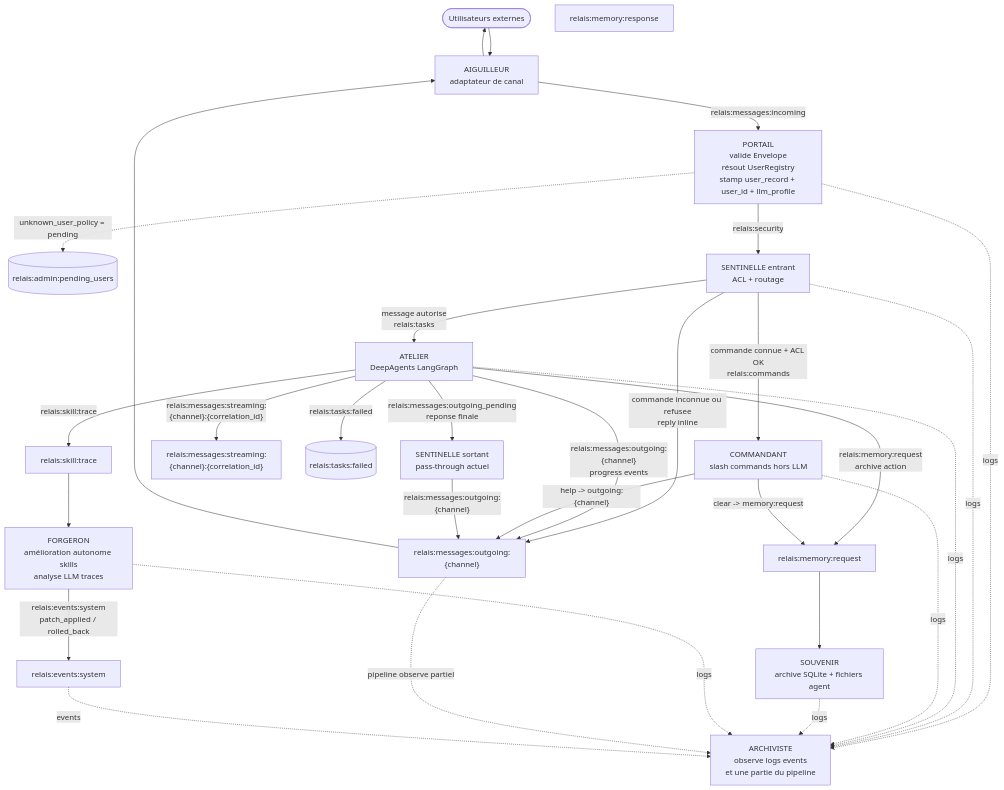
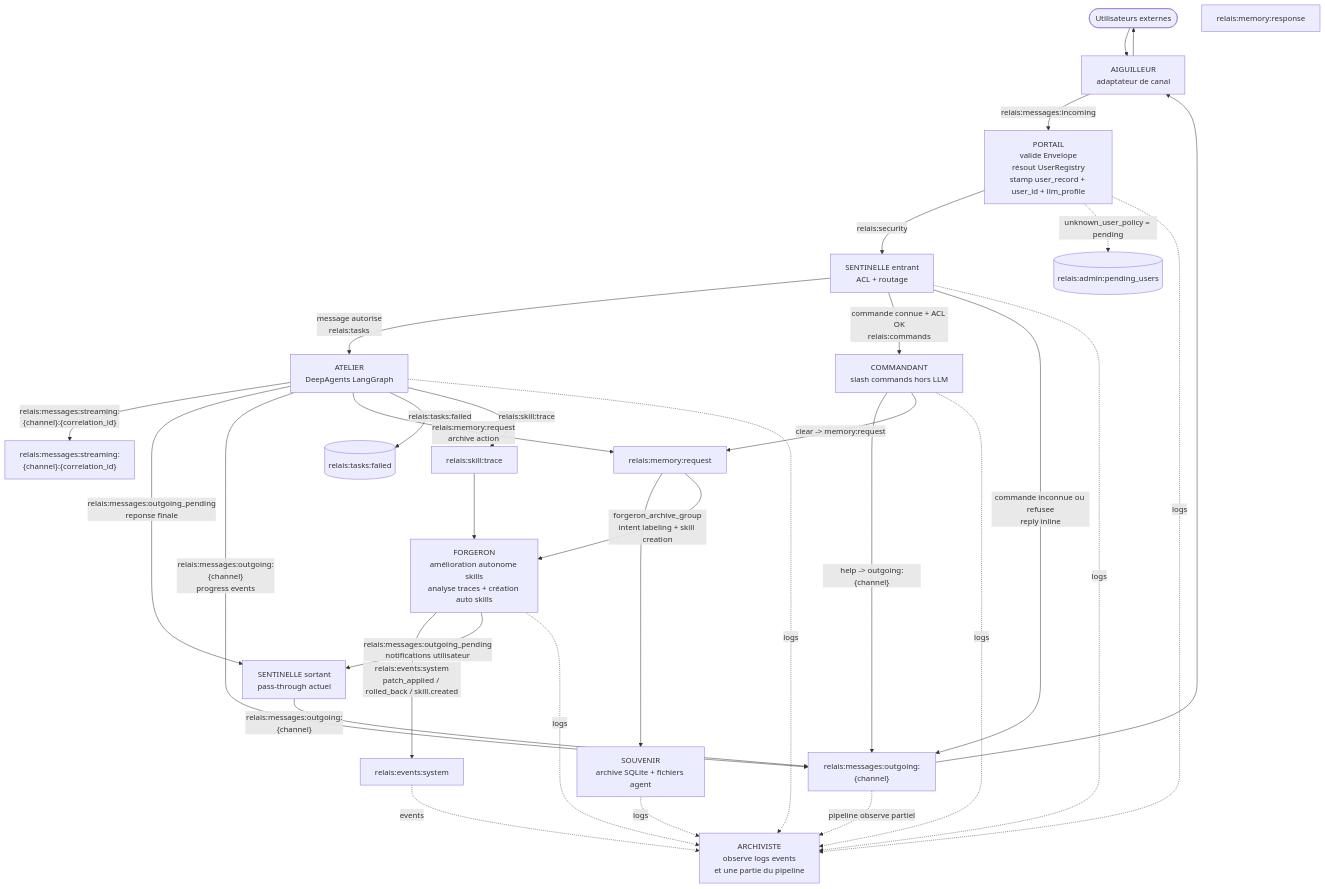
Before and after one commit to cyberbobjr/relais: the diagram in README.md, drawn with Mermaid. The commit also changed other lines of this file, not shown here.

Commit message:
docs(readme): documenter Forgeron Solution D (création auto skills + notifications)

````diff
--- a/README.md
+++ b/README.md
@@ -28,58 +28,60 @@
 ```mermaid
 flowchart TD
     USERS([Utilisateurs externes])
   AIG["AIGUILLEUR<br/>adaptateur de canal"]
   PORTAIL["PORTAIL<br/>valide Envelope<br/>résout UserRegistry<br/>stamp user_record + user_id + llm_profile"]
     PENDING[(relais:admin:pending_users)]
   SENT_IN["SENTINELLE entrant<br/>ACL + routage"]
   ATELIER["ATELIER<br/>DeepAgents LangGraph"]
   COMMANDANT["COMMANDANT<br/>slash commands hors LLM"]
   SOUVENIR["SOUVENIR<br/>archive SQLite + fichiers agent"]
   SENT_OUT["SENTINELLE sortant<br/>pass-through actuel"]
     OUT["relais:messages:outgoing:{channel}"]
     STREAM["relais:messages:streaming:{channel}:{correlation_id}"]
     MEM_REQ[relais:memory:request]
     MEM_RES[relais:memory:response]
     DLQ[(relais:tasks:failed)]
     ARCHIVISTE["ARCHIVISTE<br/>observe logs events<br/>et une partie du pipeline"]
-    FORGERON["FORGERON<br/>amélioration autonome skills<br/>analyse LLM traces"]
+    FORGERON["FORGERON<br/>amélioration autonome skills<br/>analyse traces + création auto skills"]
     SKILL_TRACE[relais:skill:trace]
     EVENTS_SYS[relais:events:system]
 
     USERS --> AIG
     AIG -->|"relais:messages:incoming"| PORTAIL
 
     PORTAIL -->|"relais:security"| SENT_IN
     PORTAIL -.->|"unknown_user_policy = pending"| PENDING
 
     SENT_IN -->|"message autorise<br/>relais:tasks"| ATELIER
     SENT_IN -->|"commande connue + ACL OK<br/>relais:commands"| COMMANDANT
     SENT_IN -->|"commande inconnue ou refusee<br/>reply inline"| OUT
 
     ATELIER -->|"relais:messages:streaming:{channel}:{correlation_id}"| STREAM
     ATELIER -->|"relais:messages:outgoing_pending<br/>reponse finale"| SENT_OUT
     ATELIER -->|"relais:messages:outgoing:{channel}<br/>progress events"| OUT
     ATELIER -->|"relais:memory:request<br/>archive action"| MEM_REQ
     ATELIER -->|"relais:tasks:failed"| DLQ
 
     COMMANDANT -->|"help -> outgoing:{channel}"| OUT
     COMMANDANT -->|"clear -> memory:request"| MEM_REQ
     MEM_REQ --> SOUVENIR
 
     SENT_OUT -->|"relais:messages:outgoing:{channel}"| OUT
     OUT --> AIG
     AIG --> USERS
 
     ATELIER -->|"relais:skill:trace"| SKILL_TRACE
     SKILL_TRACE --> FORGERON
-    FORGERON -->|"relais:events:system<br/>patch_applied / rolled_back"| EVENTS_SYS
+    MEM_REQ -->|"forgeron_archive_group<br/>intent labeling + skill creation"| FORGERON
+    FORGERON -->|"relais:events:system<br/>patch_applied / rolled_back / skill.created"| EVENTS_SYS
+    FORGERON -->|"relais:messages:outgoing_pending<br/>notifications utilisateur"| SENT_OUT
 
     PORTAIL -. logs .-> ARCHIVISTE
     SENT_IN -. logs .-> ARCHIVISTE
     ATELIER -. logs .-> ARCHIVISTE
     COMMANDANT -. logs .-> ARCHIVISTE
     SOUVENIR -. logs .-> ARCHIVISTE
     FORGERON -. logs .-> ARCHIVISTE
     OUT -. pipeline observe partiel .-> ARCHIVISTE
     EVENTS_SYS -. events .-> ARCHIVISTE
 ```
````
